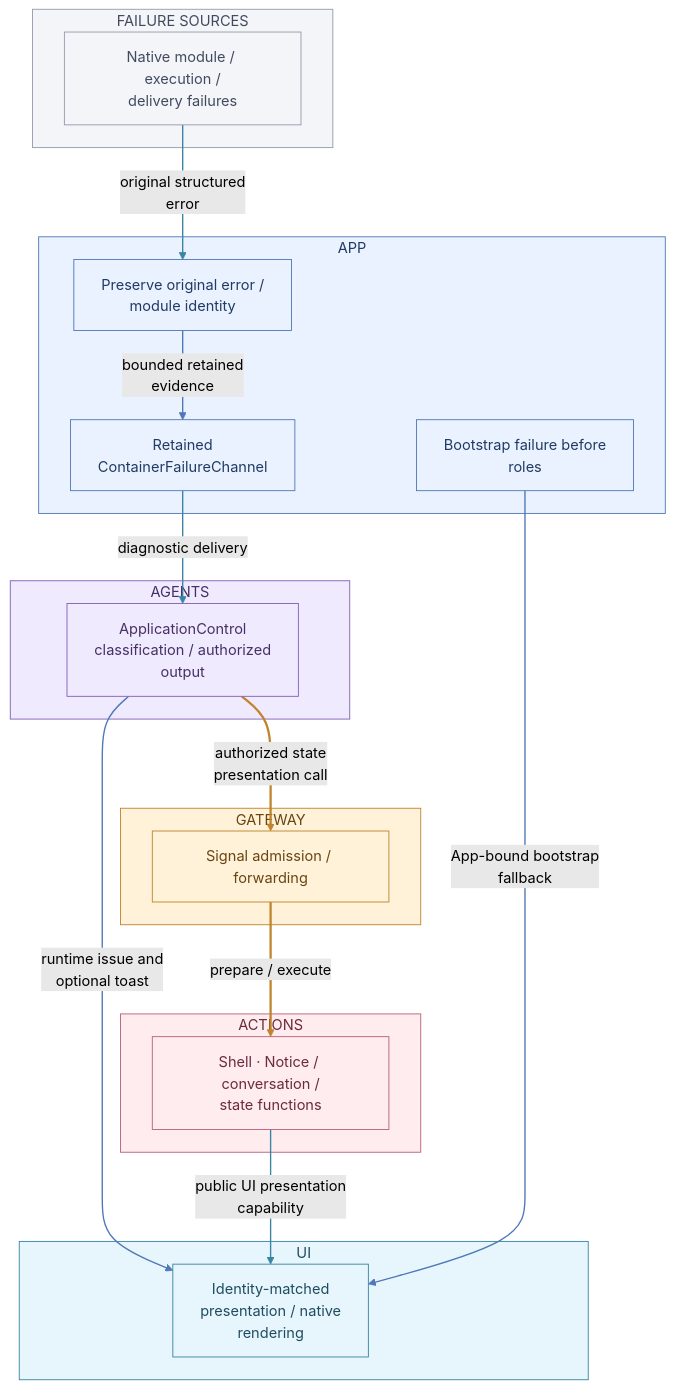
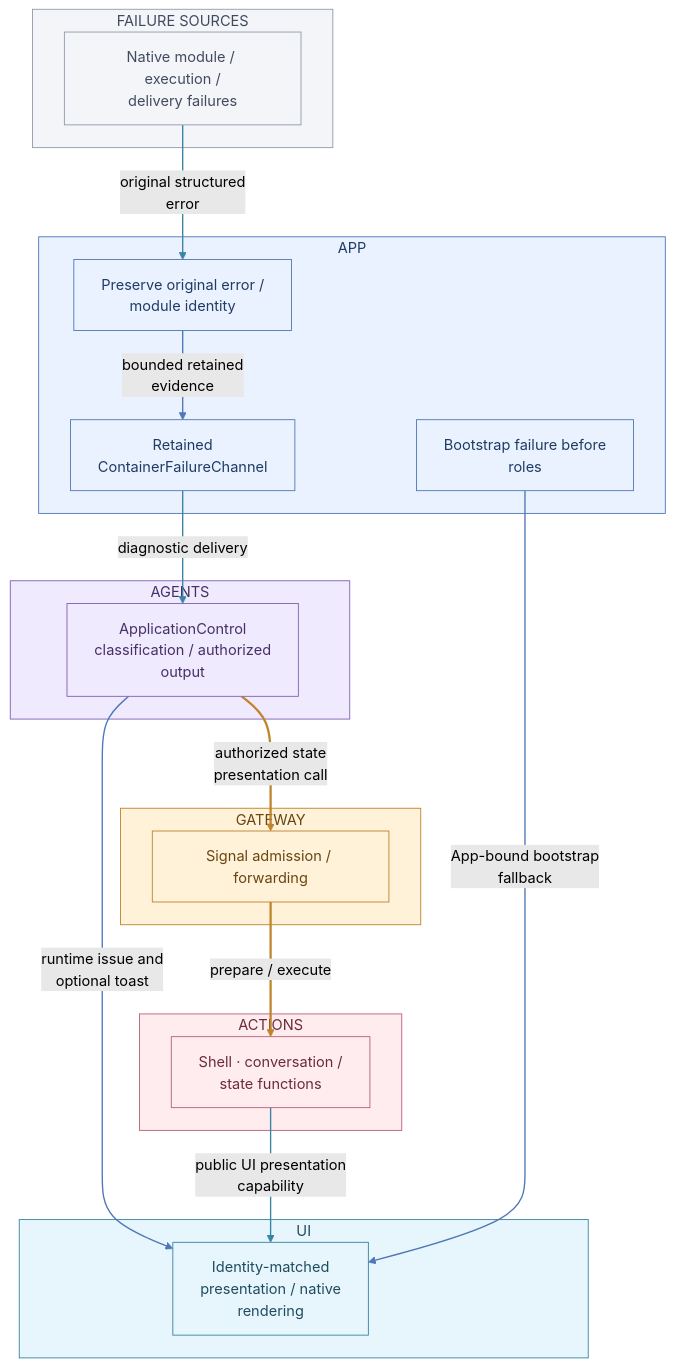
Diagram 26 of 27 in MobileHarness/README.md (devilyouwei/MobileHarness), drawn with Mermaid (forest theme) before and after one commit. The commit also changed other lines of this file and 164 other files, not shown here.

````diff
--- a/MobileHarness/README.md
+++ b/MobileHarness/README.md
@@ -1637,51 +1636,51 @@
 ```mermaid
 flowchart TB
     subgraph Sources["FAILURE SOURCES"]
         Failure["Native module / execution /<br/>delivery failures"]:::neutral
     end
     style Sources fill:#f4f5f8,stroke:#939bad,color:#414b60
     subgraph Host["APP"]
         App["Preserve original error /<br/>module identity"]:::host
         Channel["Retained<br/>ContainerFailureChannel"]:::host
         Bootstrap["Bootstrap failure before<br/>roles"]:::host
     end
     style Host fill:#eaf2ff,stroke:#5078b8,color:#203b64
     subgraph Cognition["AGENTS"]
         A["ApplicationControl<br/>classification / authorized<br/>output"]:::agent
     end
     style Cognition fill:#f0eaff,stroke:#8261b5,color:#463065
     subgraph Coordination["GATEWAY"]
         G["Signal admission / forwarding"]:::gateway
     end
     style Coordination fill:#fff2d9,stroke:#bf842c,color:#694511
     subgraph Execution["ACTIONS"]
-        X["Shell · Notice / conversation /<br/>state functions"]:::action
+        X["Shell · conversation /<br/>state functions"]:::action
     end
     style Execution fill:#ffecef,stroke:#b86178,color:#6b2b3d
     subgraph Display["UI"]
         UI["Identity-matched<br/>presentation / native<br/>rendering"]:::ui
     end
     style Display fill:#e7f6fc,stroke:#3985a4,color:#1f4c60
     Failure -->|"original structured<br/>error"| App
     App -->|"bounded retained<br/>evidence"| Channel
     Channel -->|"diagnostic delivery"| A
     A -->|"runtime issue and<br/>optional toast"| UI
     A -->|"authorized state<br/>presentation call"| G
     G ==>|"prepare / execute"| X
     X ==>|"public UI presentation<br/>capability"| UI
     Bootstrap -->|"App-bound bootstrap<br/>fallback"| UI
     classDef action fill:#ffecef,stroke:#b86178,color:#6b2b3d
     classDef agent fill:#f0eaff,stroke:#8261b5,color:#463065
     classDef gateway fill:#fff2d9,stroke:#bf842c,color:#694511
     classDef host fill:#eaf2ff,stroke:#5078b8,color:#203b64
     classDef neutral fill:#f4f5f8,stroke:#939bad,color:#414b60
     classDef ui fill:#e7f6fc,stroke:#3985a4,color:#1f4c60
     linkStyle 0 stroke:#3985a4,stroke-width:1.5px
     linkStyle 1 stroke:#5078b8,stroke-width:1.5px
     linkStyle 2 stroke:#3985a4,stroke-width:1.5px
     linkStyle 3 stroke:#5078b8,stroke-width:1.5px
     linkStyle 4 stroke:#bf842c,stroke-width:2.5px
     linkStyle 5 stroke:#bf842c,stroke-width:2.5px
     linkStyle 6 stroke:#3985a4,stroke-width:1.5px
     linkStyle 7 stroke:#5078b8,stroke-width:1.5px
 ```
````
